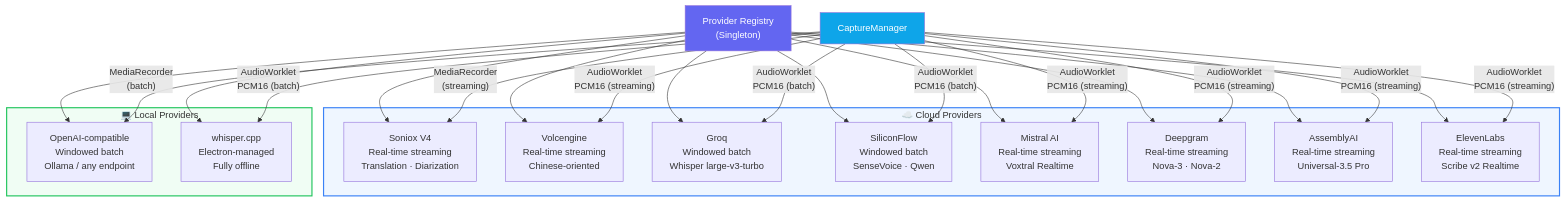
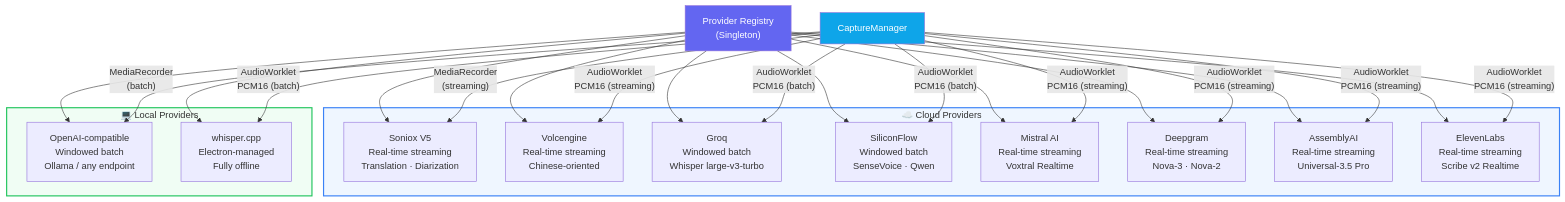
One commit to XimilalaXiang/DeLive changed the fourth of 4 diagrams in docs/architecture/overview.md. Above: the diagram before and after it, drawn with Mermaid. The commit also changed 13 other files, not shown here.

````diff
--- a/docs/architecture/overview.md
+++ b/docs/architecture/overview.md
@@ -104,32 +104,32 @@
 ```mermaid
 flowchart TB
   subgraph cloud["☁️ Cloud Providers"]
-    soniox["Soniox V4\nReal-time streaming\nTranslation · Diarization"]
+    soniox["Soniox V5\nReal-time streaming\nTranslation · Diarization"]
     volc["Volcengine\nReal-time streaming\nChinese-oriented"]
     groq["Groq\nWindowed batch\nWhisper large-v3-turbo"]
     silicon["SiliconFlow\nWindowed batch\nSenseVoice · Qwen"]
     mistral["Mistral AI\nReal-time streaming\nVoxtral Realtime"]
     deepgram["Deepgram\nReal-time streaming\nNova-3 · Nova-2"]
     assemblyai["AssemblyAI\nReal-time streaming\nUniversal-3.5 Pro"]
     elevenlabs["ElevenLabs\nReal-time streaming\nScribe v2 Realtime"]
   end
 
   subgraph local["💻 Local Providers"]
     openai["OpenAI-compatible\nWindowed batch\nOllama / any endpoint"]
     whisper["whisper.cpp\nElectron-managed\nFully offline"]
   end
 
   registry["Provider Registry\n(Singleton)"]
   capture["CaptureManager"]
 
   registry --> soniox & volc & groq & silicon & mistral & deepgram & assemblyai & elevenlabs & openai & whisper
   capture -->|"MediaRecorder\n(streaming)"| soniox
   capture -->|"AudioWorklet\nPCM16 (streaming)"| volc & mistral & deepgram & assemblyai & elevenlabs
   capture -->|"AudioWorklet\nPCM16 (batch)"| groq & silicon & whisper
   capture -->|"MediaRecorder\n(batch)"| openai
 
   style registry fill:#6366f1,color:#fff
   style capture fill:#0ea5e9,color:#fff
   style cloud fill:#eff6ff,stroke:#3b82f6,stroke-width:2px
   style local fill:#f0fdf4,stroke:#22c55e,stroke-width:2px
 ```
````
